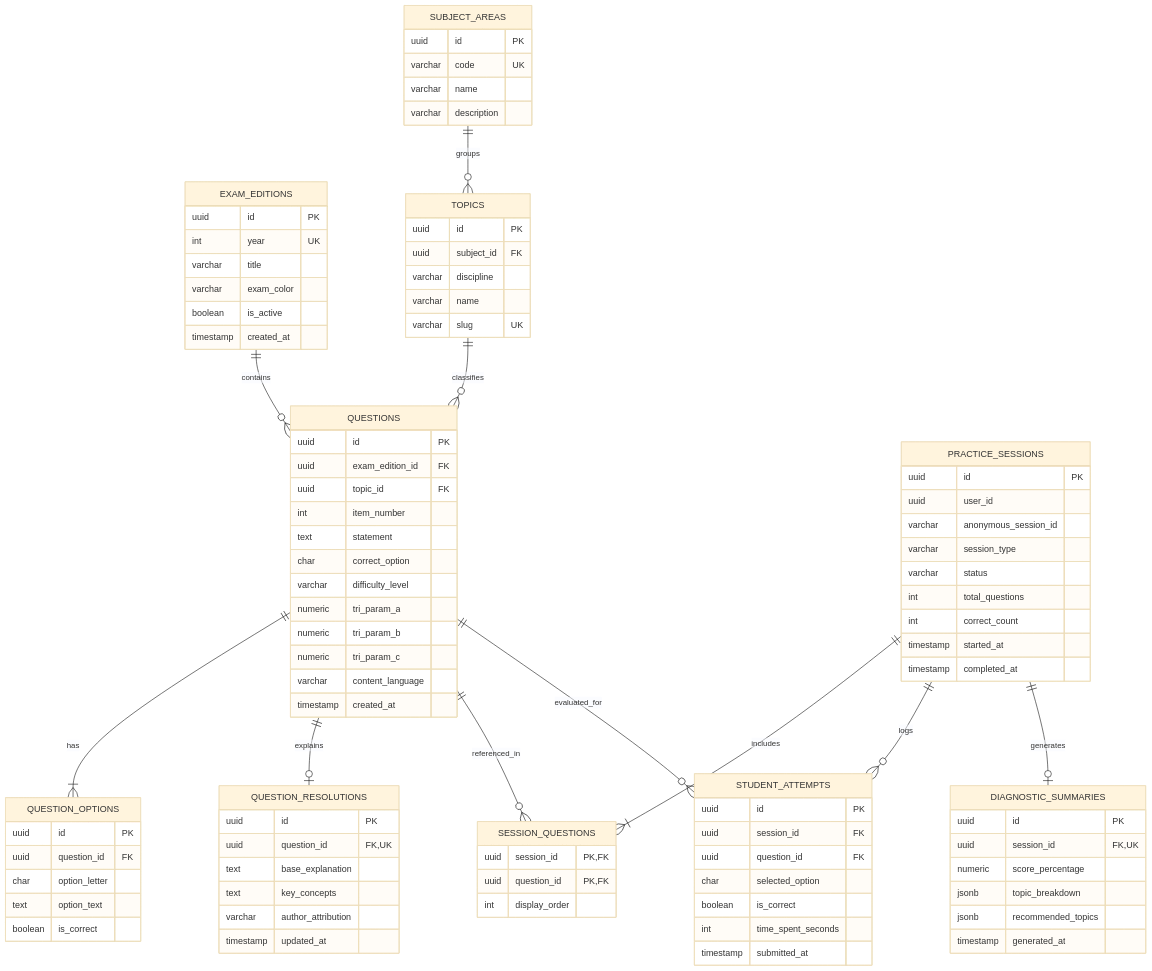
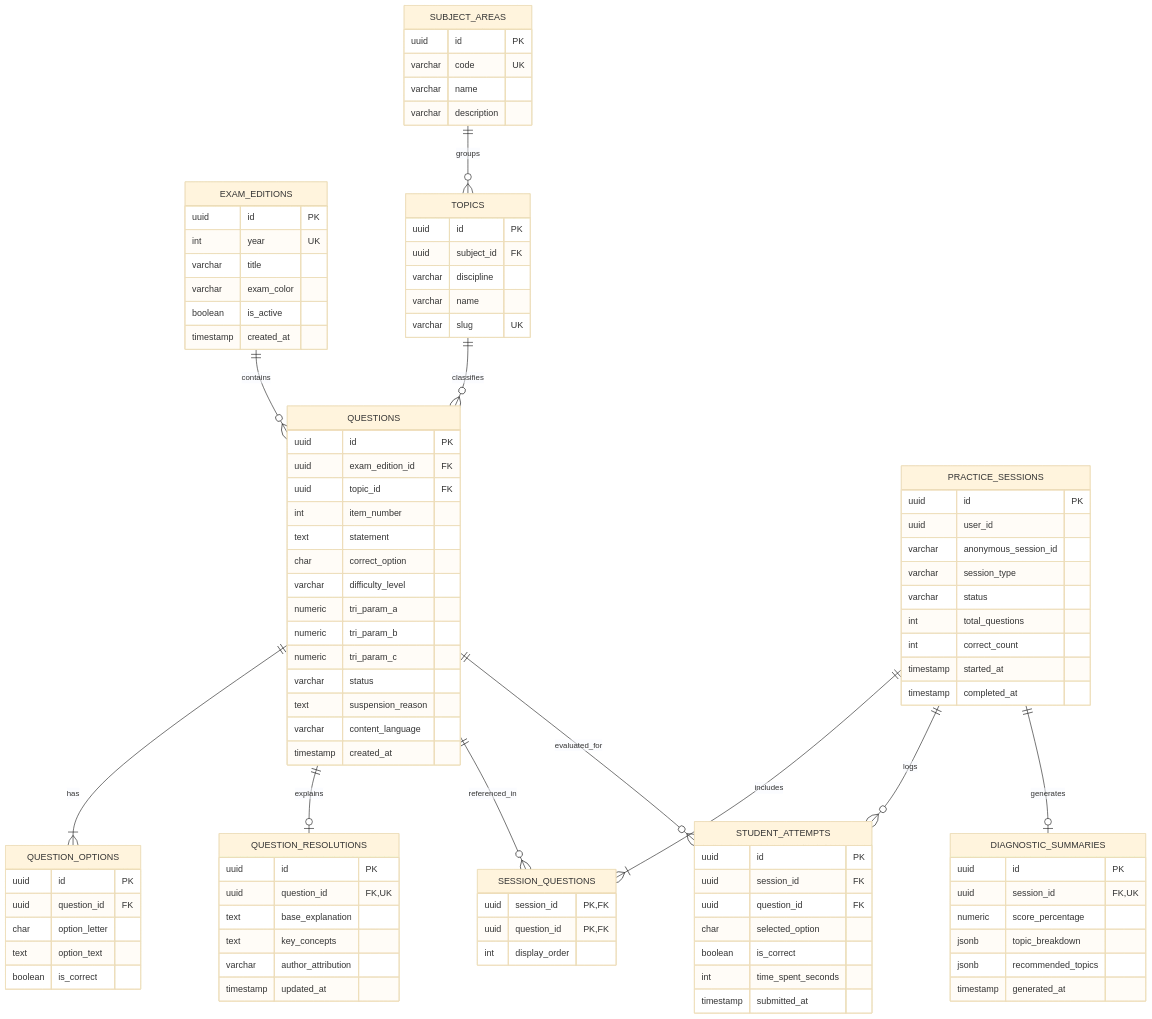
Before and after one commit to Veras-D/AprovaENEM: the second of 3 diagrams in docs/sprint-1/04-data-modeling.md, drawn with Mermaid (base theme). The commit also changed other lines of this file and 6 other files, not shown here.

```diff
--- a/docs/sprint-1/04-data-modeling.md
+++ b/docs/sprint-1/04-data-modeling.md
@@ -146,6 +147,8 @@
         numeric tri_param_a
         numeric tri_param_b
         numeric tri_param_c
+        varchar status
+        text suspension_reason
         varchar content_language
         timestamp created_at
     }
```
